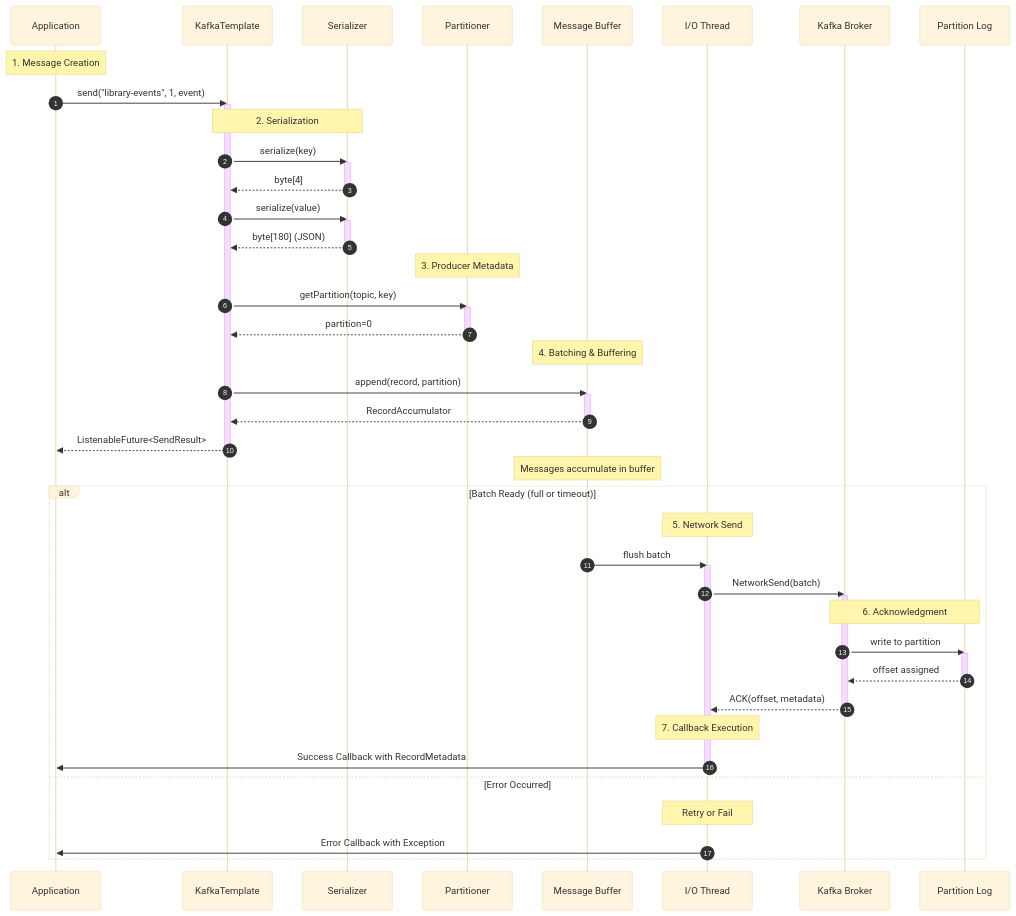
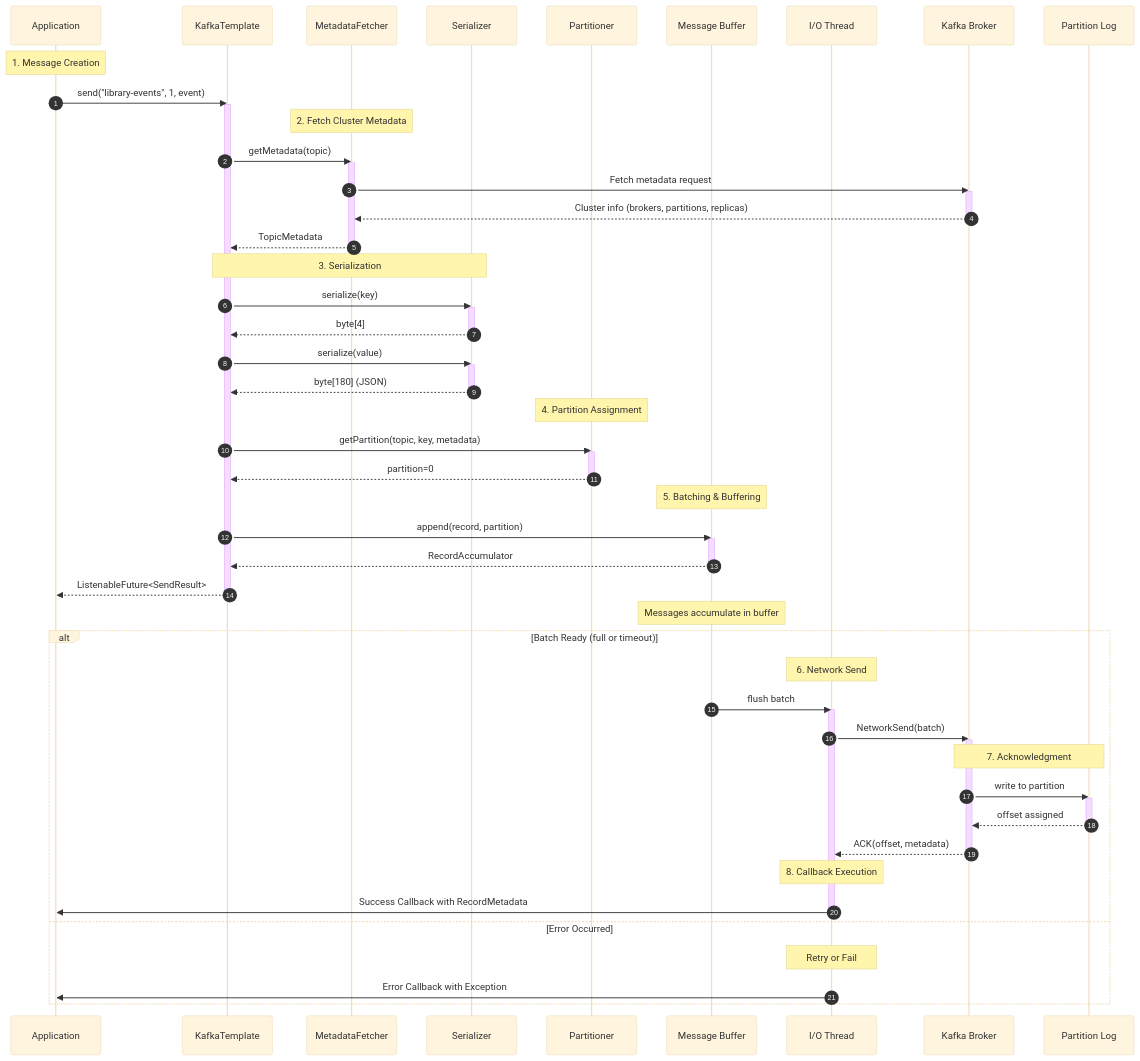
The second of 16 diagrams in library-events-producer-v2/docs/KAFKA_TEMPLATE_GUIDE.md (dilipsundarraj1/kafka-for-developers-using-spring-boot-v2), drawn with Mermaid (base theme) before and after one commit.

Commit message:
added the metadata step

````diff
--- a/library-events-producer-v2/docs/KAFKA_TEMPLATE_GUIDE.md
+++ b/library-events-producer-v2/docs/KAFKA_TEMPLATE_GUIDE.md
@@ -141,65 +141,76 @@
 ```mermaid
 sequenceDiagram
     autonumber
     participant App as Application
     participant KT as KafkaTemplate
+    participant Metadata as MetadataFetcher
     participant Ser as Serializer
     participant Part as Partitioner
     participant Buffer as Message Buffer
     participant IO as I/O Thread
     participant Broker as Kafka Broker
     participant Log as Partition Log
     
     Note over App: 1. Message Creation
     App->>KT: send("library-events", 1, event)
     activate KT
     
-    Note over KT,Ser: 2. Serialization
+    Note over Metadata: 2. Fetch Cluster Metadata
+    KT->>Metadata: getMetadata(topic)
+    activate Metadata
+    Metadata->>Broker: Fetch metadata request
+    activate Broker
+    Broker-->>Metadata: Cluster info (brokers, partitions, replicas)
+    deactivate Broker
+    Metadata-->>KT: TopicMetadata
+    deactivate Metadata
+    
+    Note over KT,Ser: 3. Serialization
     KT->>Ser: serialize(key)
     activate Ser
     Ser-->>KT: byte[4]
     deactivate Ser
     KT->>Ser: serialize(value)
     activate Ser
     Ser-->>KT: byte[180] (JSON)
     deactivate Ser
     
-    Note over Part: 3. Producer Metadata
-    KT->>Part: getPartition(topic, key)
+    Note over Part: 4. Partition Assignment
+    KT->>Part: getPartition(topic, key, metadata)
     activate Part
     Part-->>KT: partition=0
     deactivate Part
     
-    Note over Buffer: 4. Batching & Buffering
+    Note over Buffer: 5. Batching & Buffering
     KT->>Buffer: append(record, partition)
     activate Buffer
     Buffer-->>KT: RecordAccumulator
     deactivate Buffer
     KT-->>App: ListenableFuture<SendResult>
     deactivate KT
     
     Note over Buffer: Messages accumulate in buffer
     
     alt Batch Ready (full or timeout)
-        Note over IO: 5. Network Send
+        Note over IO: 6. Network Send
         Buffer->>IO: flush batch
         activate IO
         IO->>Broker: NetworkSend(batch)
         activate Broker
         
-        Note over Broker,Log: 6. Acknowledgment
+        Note over Broker,Log: 7. Acknowledgment
         Broker->>Log: write to partition
         activate Log
         Log-->>Broker: offset assigned
         deactivate Log
         Broker-->>IO: ACK(offset, metadata)
         deactivate Broker
         
-        Note over IO: 7. Callback Execution
+        Note over IO: 8. Callback Execution
         IO->>App: Success Callback with RecordMetadata
         deactivate IO
     else Error Occurred
         Note over IO: Retry or Fail
         IO->>App: Error Callback with Exception
     end
 ```
````
